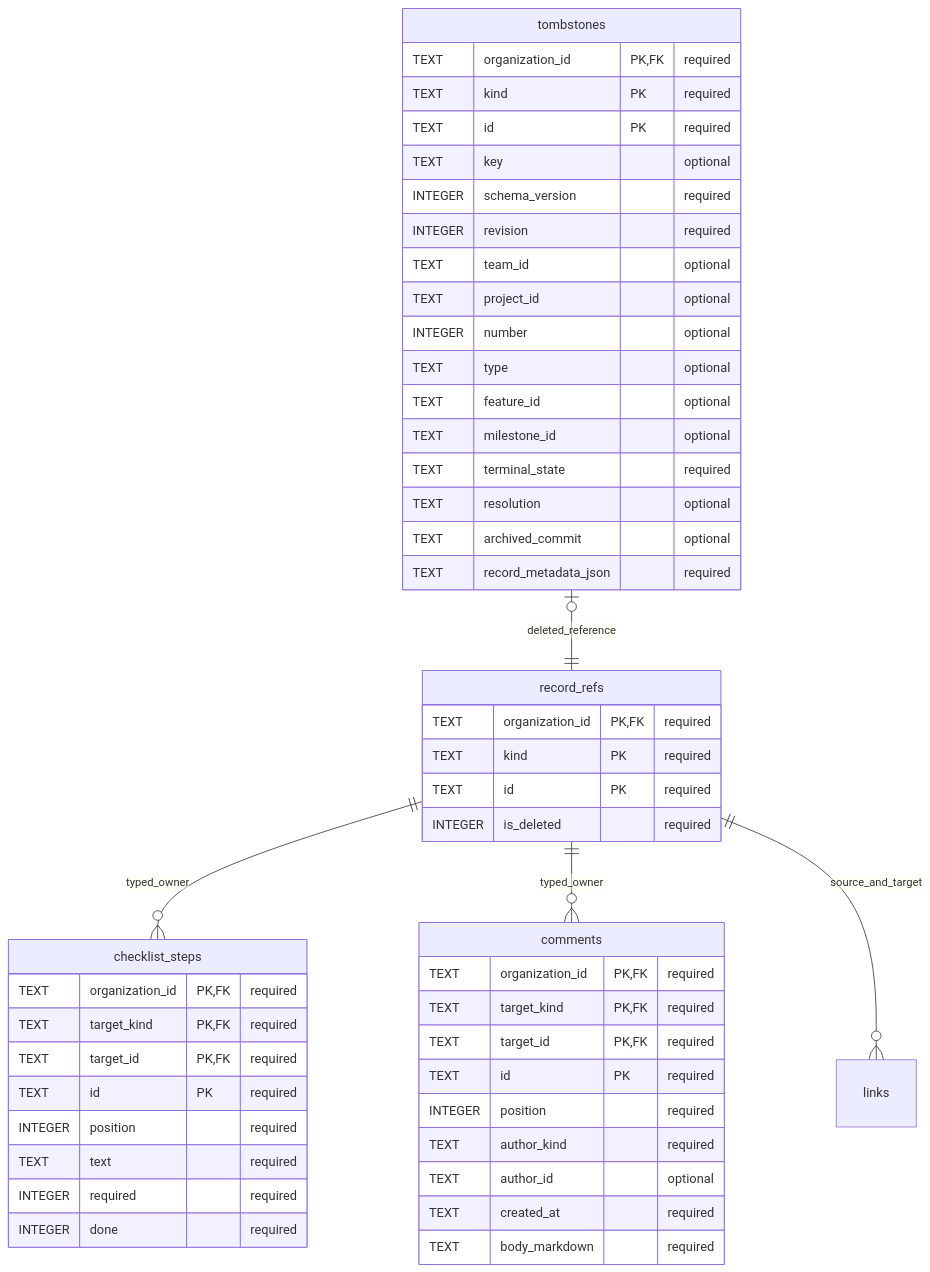
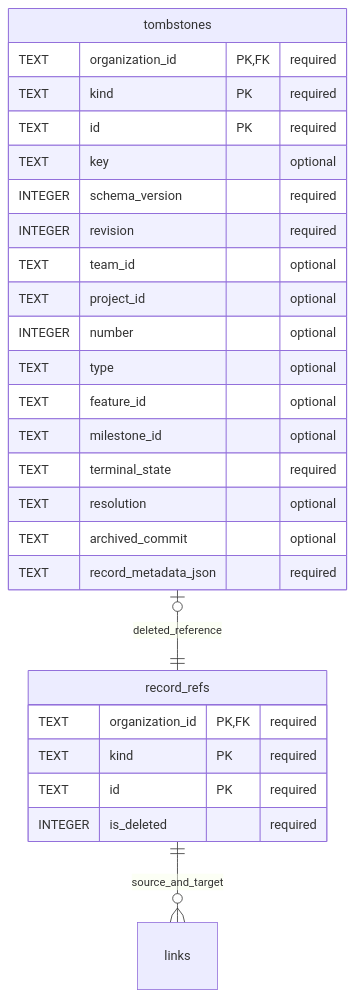
Before and after one commit to vgmello/agentic-org: the second of 2 diagrams in docs/design/organization-data/03-features-and-work.md, drawn with Mermaid. The commit also changed other lines of this file and 11 other files, not shown here.

````diff
--- a/docs/design/organization-data/03-features-and-work.md
+++ b/docs/design/organization-data/03-features-and-work.md
@@ -177,52 +177,29 @@
 ```mermaid
 erDiagram
-    record_refs ||--o{ checklist_steps : typed_owner
-    record_refs ||--o{ comments : typed_owner
     record_refs ||--o{ links : source_and_target
     tombstones o|--|| record_refs : deleted_reference
     record_refs {
         TEXT organization_id PK, FK "required"
         TEXT kind PK "required"
         TEXT id PK "required"
         INTEGER is_deleted "required"
-    }
-    checklist_steps {
-        TEXT organization_id PK, FK "required"
-        TEXT target_kind PK, FK "required"
-        TEXT target_id PK, FK "required"
-        TEXT id PK "required"
-        INTEGER position "required"
-        TEXT text "required"
-        INTEGER required "required"
-        INTEGER done "required"
-    }
-    comments {
-        TEXT organization_id PK, FK "required"
-        TEXT target_kind PK, FK "required"
-        TEXT target_id PK, FK "required"
-        TEXT id PK "required"
-        INTEGER position "required"
-        TEXT author_kind "required"
-        TEXT author_id "optional"
-        TEXT created_at "required"
-        TEXT body_markdown "required"
     }
     tombstones {
         TEXT organization_id PK, FK "required"
         TEXT kind PK "required"
         TEXT id PK "required"
         TEXT key "optional"
         INTEGER schema_version "required"
         INTEGER revision "required"
         TEXT team_id "optional"
         TEXT project_id "optional"
         INTEGER number "optional"
         TEXT type "optional"
         TEXT feature_id "optional"
         TEXT milestone_id "optional"
         TEXT terminal_state "required"
         TEXT resolution "optional"
         TEXT archived_commit "optional"
         TEXT record_metadata_json "required"
     }
 ```
````
